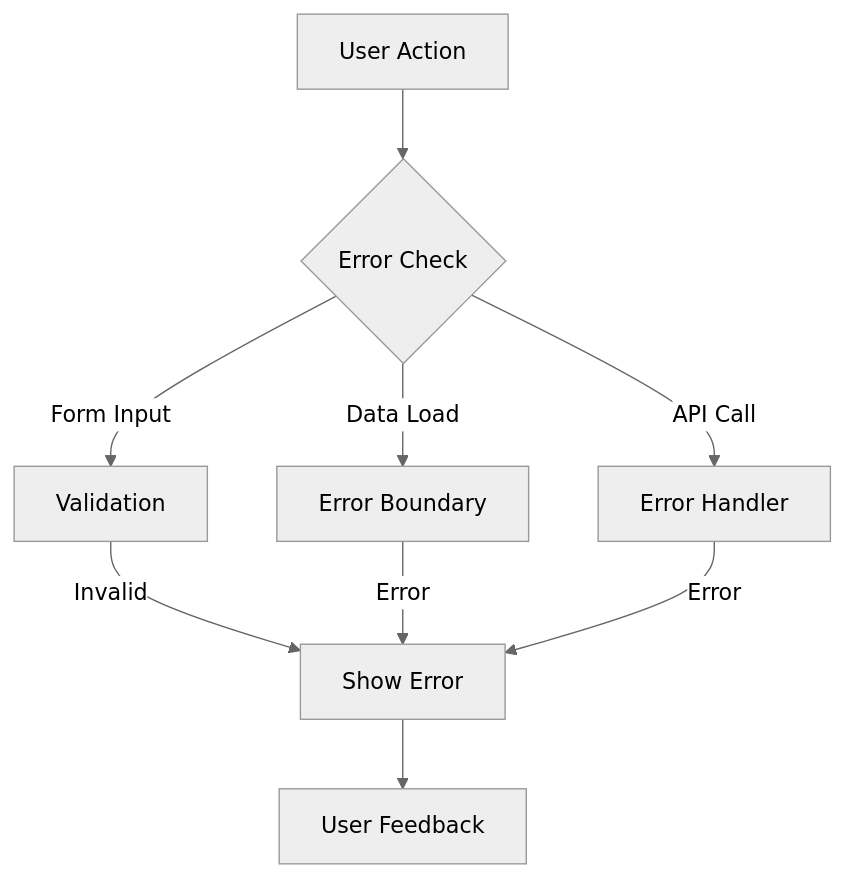
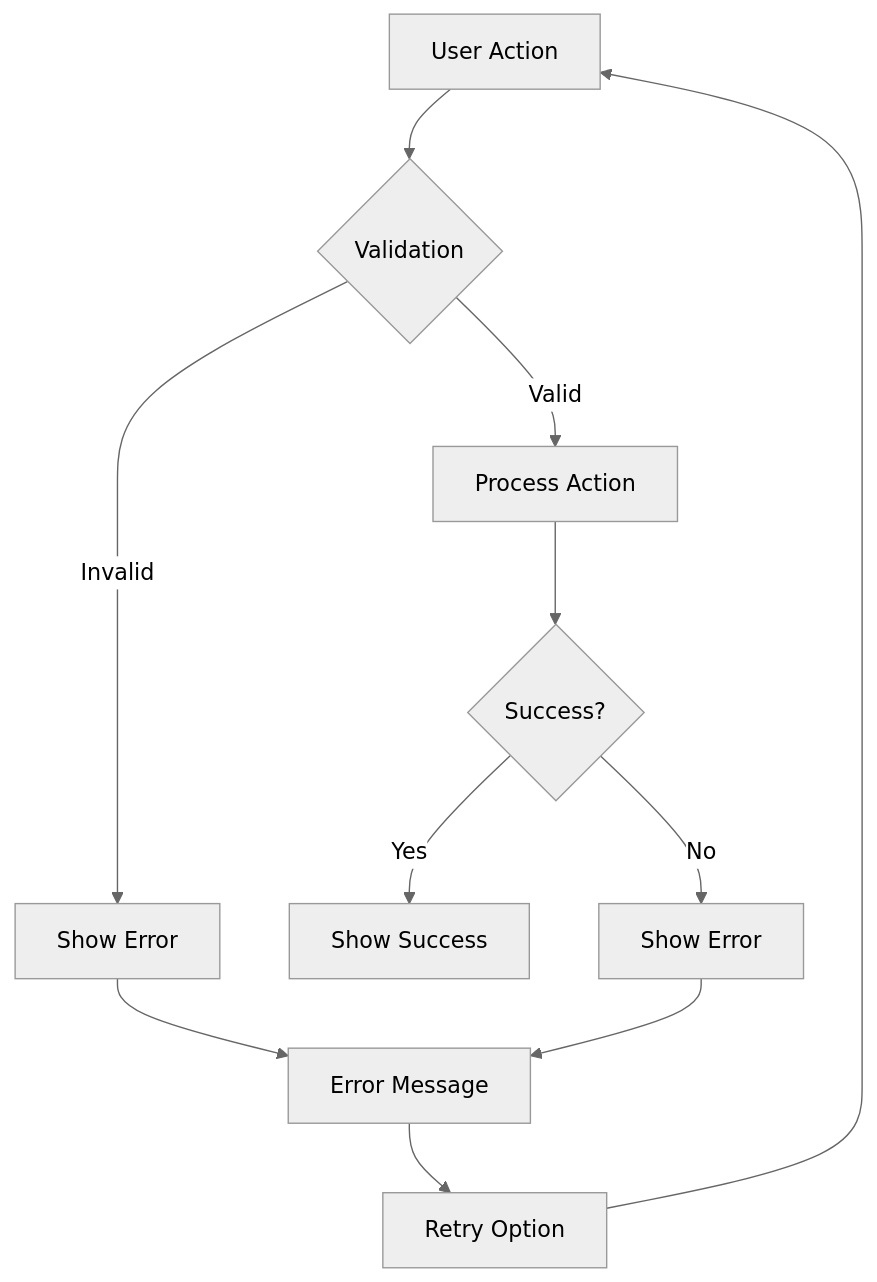
Before and after one commit to yolithrones/bridges-website-app: the fifth of 6 diagrams in documentation/FLOW_CHARTS.md, drawn with Mermaid (neutral theme). The commit also changed other lines of this file and 16 other files, not shown here.

````diff
--- a/documentation/FLOW_CHARTS.md
+++ b/documentation/FLOW_CHARTS.md
@@ -105,11 +142,16 @@
 ```mermaid
 graph TD
-    A[User Action] --> B{Error Check}
-    B -->|Form Input| C[Validation]
-    B -->|Data Load| D[Error Boundary]
-    B -->|API Call| E[Error Handler]
-    C -->|Invalid| F[Show Error]
-    D -->|Error| F
-    E -->|Error| F
-    F --> G[User Feedback]
+    A[User Action] --> B{Validation}
+    B -->|Valid| C[Process Action]
+    B -->|Invalid| D[Show Error]
+    
+    C --> E{Success?}
+    E -->|Yes| F[Show Success]
+    E -->|No| G[Show Error]
+    
+    D --> H[Error Message]
+    G --> H
+    
+    H --> I[Retry Option]
+    I --> A
 ```
````
